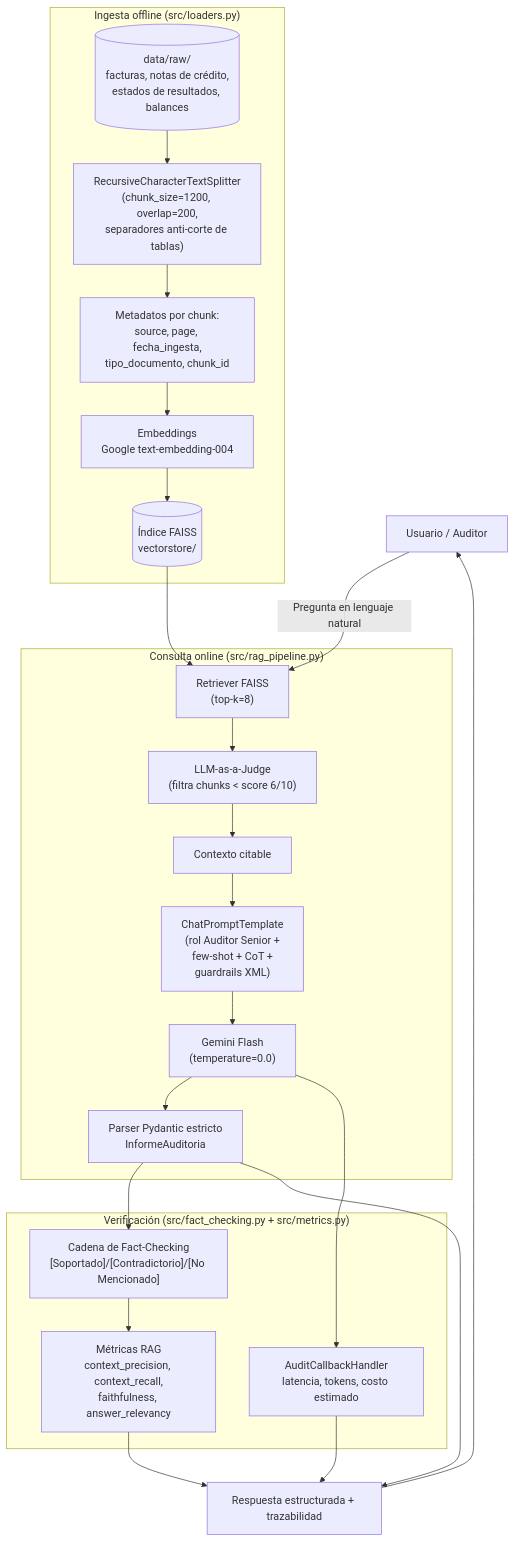
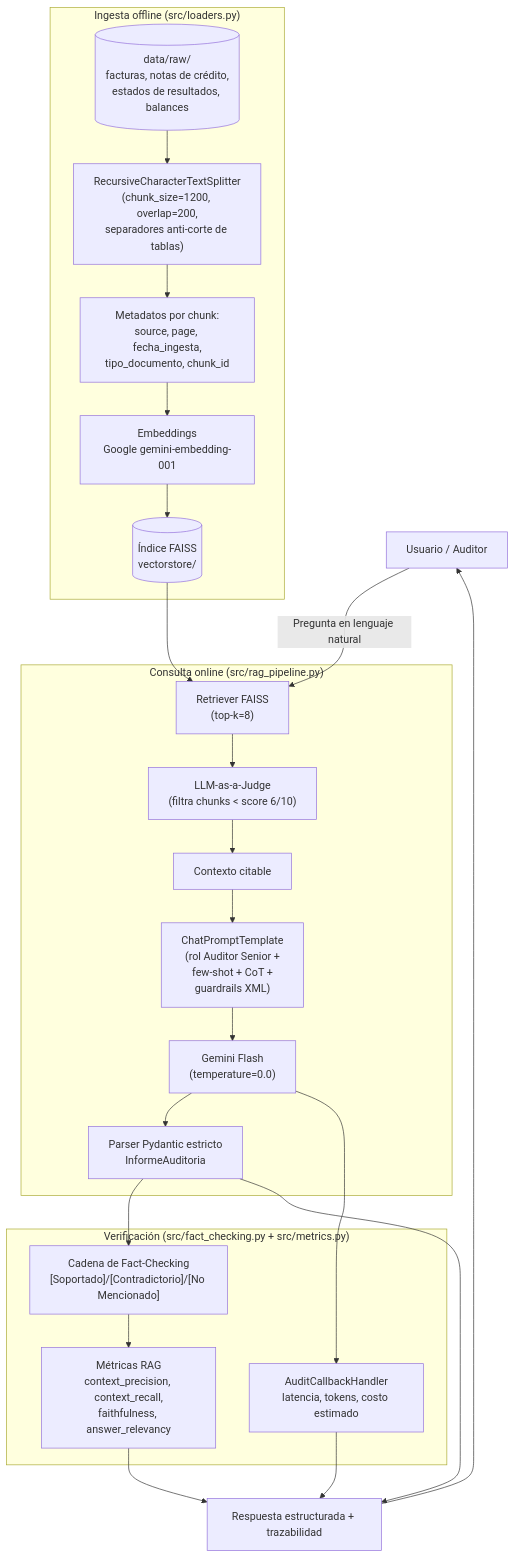
Before and after one commit to Martin-Vasquez-lab/RAG_Finanzas: the diagram in docs/architecture.md, drawn with Mermaid. The commit also changed 5 other files, not shown here.

First line of the commit message:
Actualizar modelos Gemini deprecados (text-embedding-004, gemini-1.5-flash)

````diff
--- a/docs/architecture.md
+++ b/docs/architecture.md
@@ -5,31 +5,31 @@
 ```mermaid
 flowchart TD
     U[Usuario / Auditor] -->|Pregunta en lenguaje natural| R
 
     subgraph Ingesta["Ingesta offline (src/loaders.py)"]
         RAW[("data/raw/\nfacturas, notas de crédito,\nestados de resultados, balances")] --> SPLIT["RecursiveCharacterTextSplitter\n(chunk_size=1200, overlap=200,\nseparadores anti-corte de tablas)"]
         SPLIT --> META["Metadatos por chunk:\nsource, page, fecha_ingesta,\ntipo_documento, chunk_id"]
-        META --> EMB["Embeddings\nGoogle text-embedding-004"]
+        META --> EMB["Embeddings\nGoogle gemini-embedding-001"]
         EMB --> IDX[("Índice FAISS\nvectorstore/")]
     end
 
     subgraph Consulta["Consulta online (src/rag_pipeline.py)"]
         R["Retriever FAISS\n(top-k=8)"] --> J["LLM-as-a-Judge\n(filtra chunks < score 6/10)"]
         J --> CTX["Contexto citable\n<contexto_auditoria>"]
         CTX --> P["ChatPromptTemplate\n(rol Auditor Senior +\nfew-shot + CoT +\nguardrails XML)"]
         P --> LLM["Gemini Flash\n(temperature=0.0)"]
         LLM --> OUT["Parser Pydantic estricto\nInformeAuditoria"]
     end
 
     subgraph Verificacion["Verificación (src/fact_checking.py + src/metrics.py)"]
         OUT --> FC["Cadena de Fact-Checking\n[Soportado]/[Contradictorio]/[No Mencionado]"]
         FC --> MET["Métricas RAG\ncontext_precision, context_recall,\nfaithfulness, answer_relevancy"]
         LLM --> CB["AuditCallbackHandler\nlatencia, tokens, costo estimado"]
     end
 
     IDX --> R
     OUT --> RESP[Respuesta estructurada + trazabilidad]
     MET --> RESP
     CB --> RESP
     RESP --> U
 ```
````
